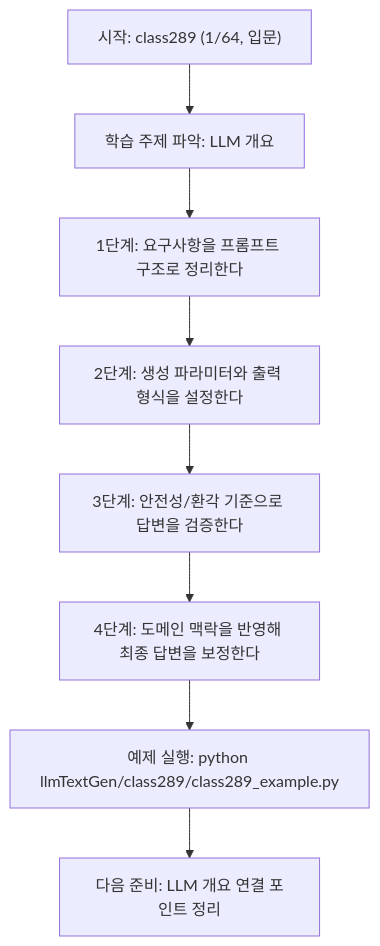
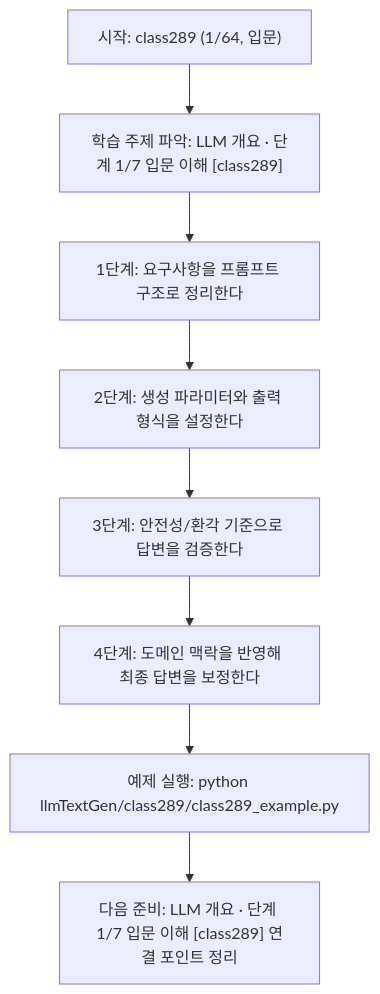
Before and after one commit to edumgt/Python-AI_Agent-Class: the diagram in llmTextGen/class289/class289.md, drawn with Mermaid. The commit also changed other lines of this file and 522 other files, not shown here.

````diff
--- a/llmTextGen/class289/class289.md
+++ b/llmTextGen/class289/class289.md
@@ -112,18 +113,18 @@
 ```mermaid
 flowchart TD
 N1["시작: class289 (1/64, 입문)"]
-N2["학습 주제 파악: LLM 개요"]
+N2["학습 주제 파악: LLM 개요 · 단계 1/7 입문 이해 [class289]"]
 N3["1단계: 요구사항을 프롬프트 구조로 정리한다"]
 N4["2단계: 생성 파라미터와 출력 형식을 설정한다"]
 N5["3단계: 안전성/환각 기준으로 답변을 검증한다"]
 N6["4단계: 도메인 맥락을 반영해 최종 답변을 보정한다"]
 N7["예제 실행: python llmTextGen/class289/class289_example.py"]
-N8["다음 준비: LLM 개요 연결 포인트 정리"]
+N8["다음 준비: LLM 개요 · 단계 1/7 입문 이해 [class289] 연결 포인트 정리"]
 N1 --> N2
 N2 --> N3
 N3 --> N4
 N4 --> N5
 N5 --> N6
 N6 --> N7
 N7 --> N8
 ```
````
